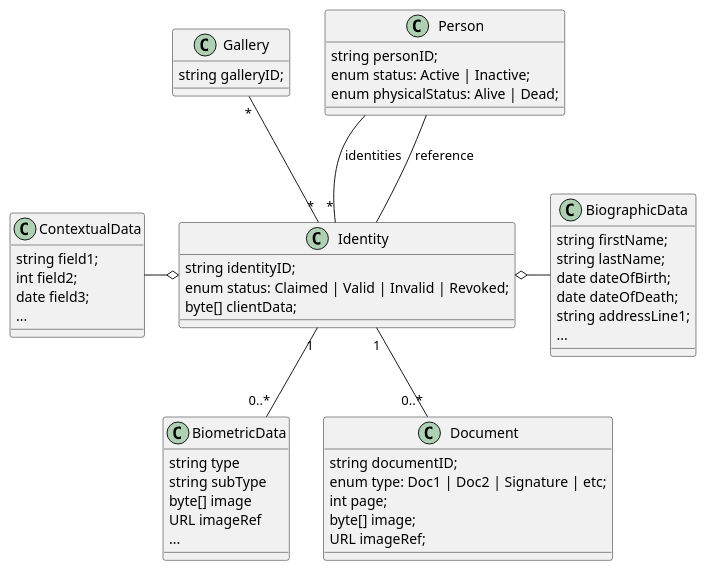
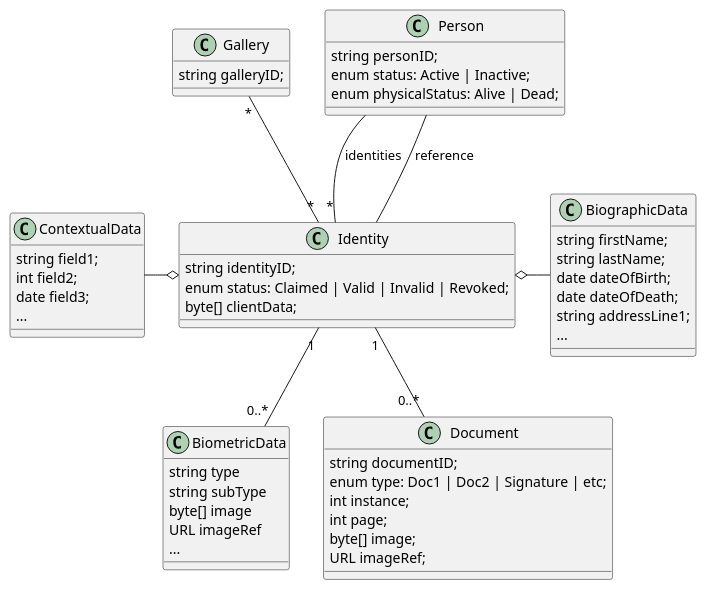
The second of 2 diagrams in src/doc/functional/_pr.rst (SecureIdentityAlliance/osia), drawn with PlantUML before and after one commit. The commit also changed 1 other file, not shown here.

Commit message:
Add an 'instance' field for documents in PR interface

```diff
--- a/src/doc/functional/_pr.rst
+++ b/src/doc/functional/_pr.rst
@@ -309,61 +309,62 @@
 .. uml::
     :caption: Population Registry Data Model
     :scale: 50%
 
     class Gallery {
         string galleryID;
     }
 
     class Person {
         string personID;
         enum status: Active | Inactive;
         enum physicalStatus: Alive | Dead;
     }
 
     class Identity {
         string identityID;
         enum status: Claimed | Valid | Invalid | Revoked;
         byte[] clientData;
     }
 
     Gallery "*" -- "*" Identity
 
     Person -- "*" Identity: "identities"
     Person -- Identity: "reference"
 
     class BiographicData {
         string firstName;
         string lastName;
         date dateOfBirth;
         date dateOfDeath;
         string addressLine1;
         ...
     }
     Identity o- BiographicData
 
     class ContextualData {
         string field1;
         int field2;
         date field3;
         ...
     }
     ContextualData -o Identity
     
     class BiometricData {
     string type
     string subType
     byte[] image
     URL imageRef
     ...
     }
     Identity "1" -- "0..*" BiometricData
 
     class Document {
       string documentID;
       enum type: Doc1 | Doc2 | Signature | etc;
+      int instance;
       int page;
       byte[] image;
       URL imageRef;
     }
 
     Identity "1" -- "0..*" Document
```
